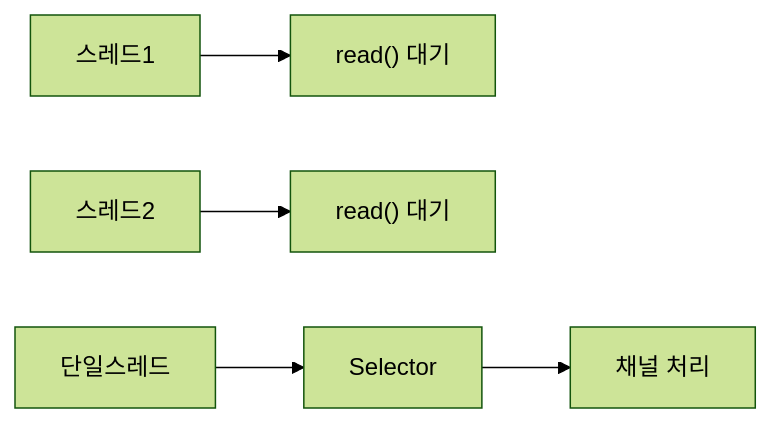
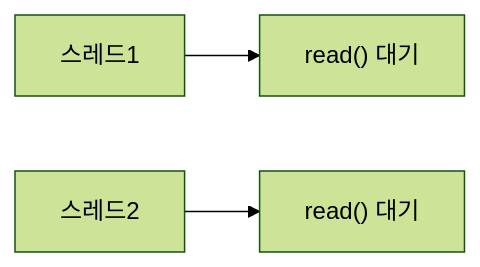
The fourth of 5 diagrams in _posts/java/2026-05-01-java-network.md (yjkim2015/yjkim2015.github.io), drawn with Mermaid (forest theme) before and after one commit. The commit also changed 132 other files, not shown here.

First line of the commit message:
Mermaid 다이어그램 가독성 정리: 단순 제거, 노드 축소, TD→LR 변환

````diff
--- a/_posts/java/2026-05-01-java-network.md
+++ b/_posts/java/2026-05-01-java-network.md
@@ -518,6 +518,5 @@
 ```mermaid
 graph LR
     T1["스레드1"] --> W1["read() 대기"]
     T2["스레드2"] --> W2["read() 대기"]
-    D["단일스레드"] --> E["Selector"] --> F["채널 처리"]
 ```
````
